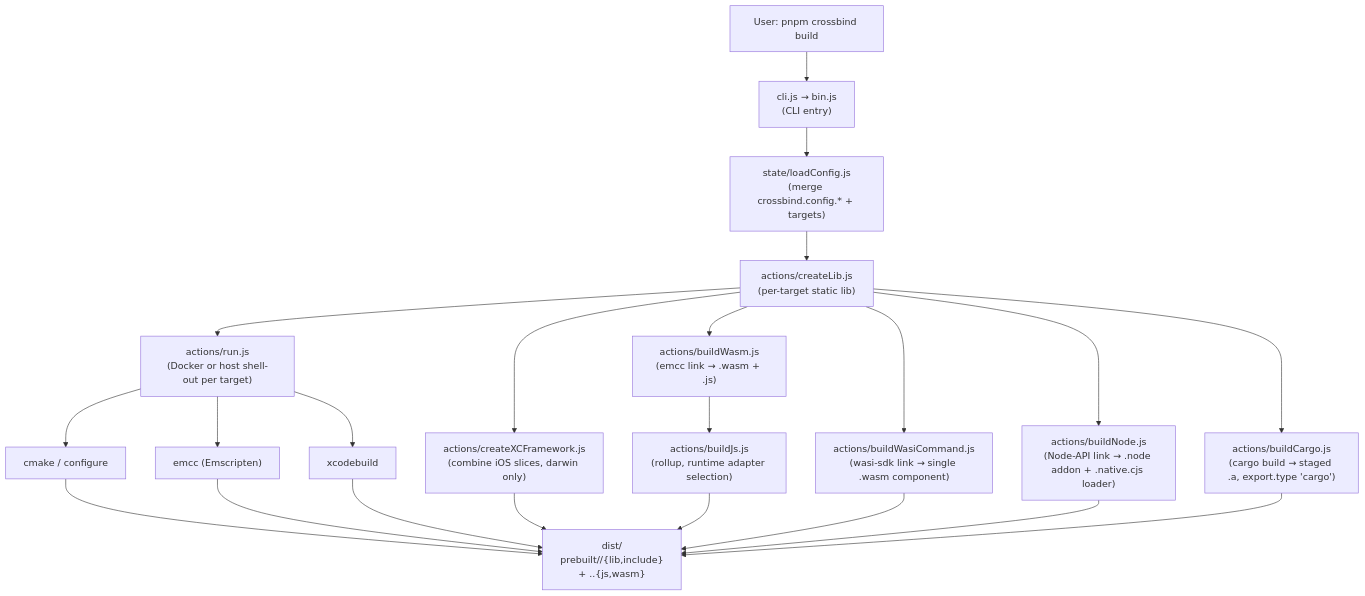
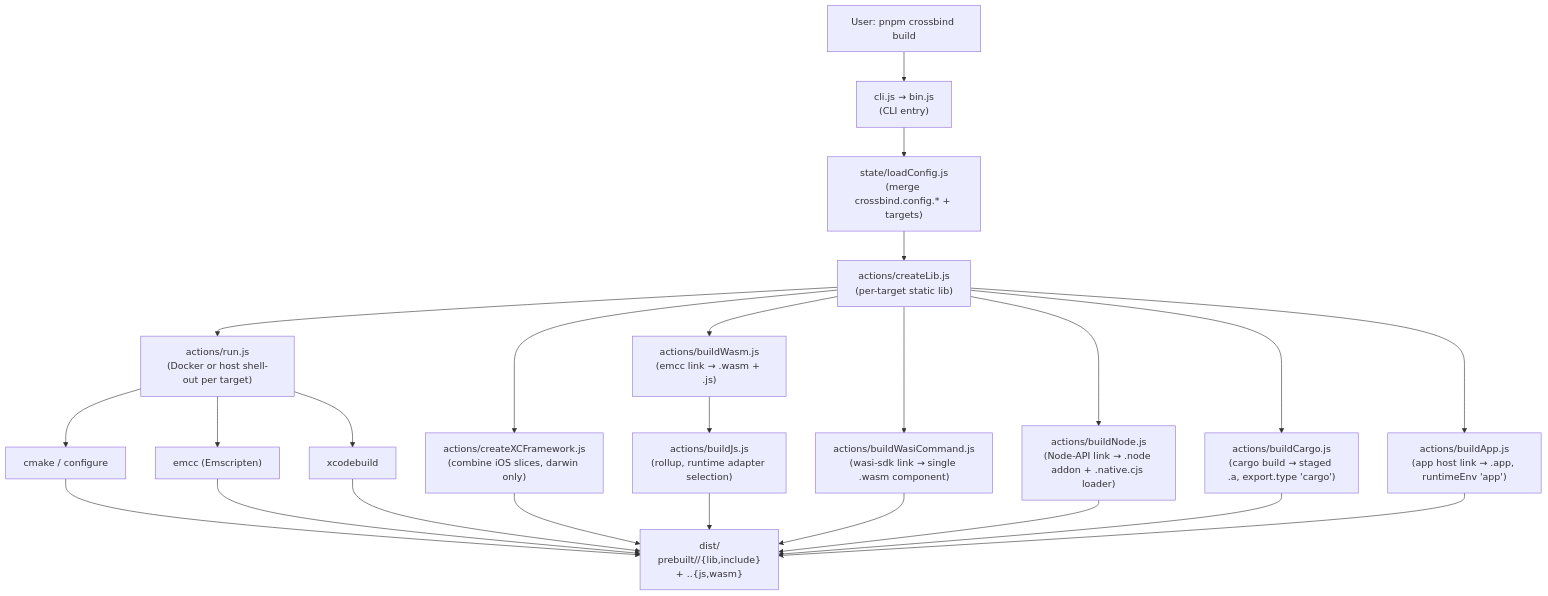
The first of 3 diagrams in docs/ARCHITECTURE.md (bugra9/cpp.js), drawn with Mermaid before and after one commit. The commit also changed other lines of this file and 150 other files, not shown here.

````diff
--- a/docs/ARCHITECTURE.md
+++ b/docs/ARCHITECTURE.md
@@ -7,40 +7,43 @@
 ```mermaid
 flowchart TD
     User["User: pnpm crossbind build"]
     Bin["cli.js → bin.js<br/>(CLI entry)"]
     State["state/loadConfig.js<br/>(merge crossbind.config.* + targets)"]
     BuildLib["actions/createLib.js<br/>(per-target static lib)"]
     XCFwk["actions/createXCFramework.js<br/>(combine iOS slices, darwin only)"]
     BuildWasm["actions/buildWasm.js<br/>(emcc link → .wasm + .js)"]
     BuildWasi["actions/buildWasiCommand.js<br/>(wasi-sdk link → single .wasm component)"]
     BuildNode["actions/buildNode.js<br/>(Node-API link → .node addon + .native.cjs loader)"]
     BuildCargo["actions/buildCargo.js<br/>(cargo build → staged .a, export.type 'cargo')"]
+    BuildApp["actions/buildApp.js<br/>(app host link → .app, runtimeEnv 'app')"]
     BuildJs["actions/buildJs.js<br/>(rollup, runtime adapter selection)"]
     Run["actions/run.js<br/>(Docker or host shell-out per target)"]
     Cmake["cmake / configure"]
     Emcc["emcc (Emscripten)"]
     Xcode["xcodebuild"]
     Dist["dist/<br/>prebuilt/<target>/{lib,include}<br/>+ <name>.<runtimeEnv>.{js,wasm}"]
 
     User --> Bin
     Bin --> State
     State --> BuildLib
     BuildLib --> Run
     BuildLib --> XCFwk
     BuildLib --> BuildWasm
     BuildLib --> BuildWasi
     BuildLib --> BuildNode
     BuildLib --> BuildCargo
+    BuildLib --> BuildApp
     BuildWasm --> BuildJs
     Run --> Cmake
     Run --> Emcc
     Run --> Xcode
     Cmake --> Dist
     Emcc --> Dist
     Xcode --> Dist
     XCFwk --> Dist
     BuildJs --> Dist
     BuildWasi --> Dist
     BuildNode --> Dist
     BuildCargo --> Dist
+    BuildApp --> Dist
 ```
````
